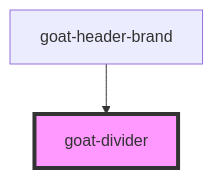
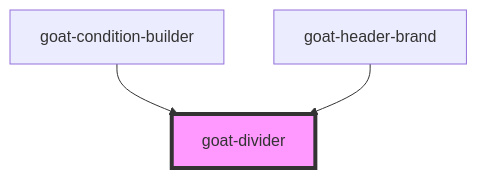
One commit to goatui/components changed the diagram in src/components/layout/divider/readme.md. Above: the diagram before and after it, drawn with Mermaid. The commit also changed other lines of this file and 21 other files, not shown here.

Commit message:
condition builder initial commit + button index fix.

````diff
--- a/src/components/layout/divider/readme.md
+++ b/src/components/layout/divider/readme.md
@@ -22,5 +23,6 @@
 ```mermaid
 graph TD;
+  goat-condition-builder --> goat-divider
   goat-header-brand --> goat-divider
   style goat-divider fill:#f9f,stroke:#333,stroke-width:4px
 ```
````
